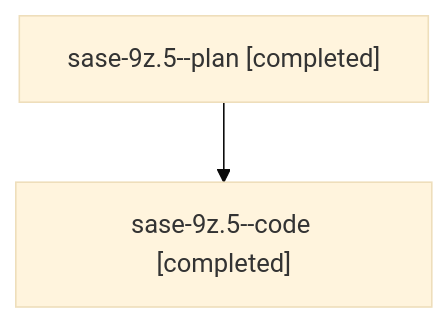
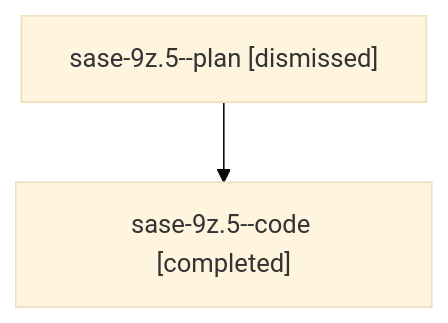
Before and after one commit to sase-org/sase--agents: the diagram in families/bbugyi200.athena.sase-9z.5.md, drawn with Mermaid (base theme). The commit also changed other lines of this file and 8679 other files, not shown here.

````diff
--- a/families/bbugyi200.athena.sase-9z.5.md
+++ b/families/bbugyi200.athena.sase-9z.5.md
@@ -9,6 +9,6 @@
 ```mermaid
 flowchart TD
-  n0["sase-9z.5--plan [completed]"]
+  n0["sase-9z.5--plan [dismissed]"]
   n1["sase-9z.5--code [completed]"]
   n0 --> n1
 ```
````
